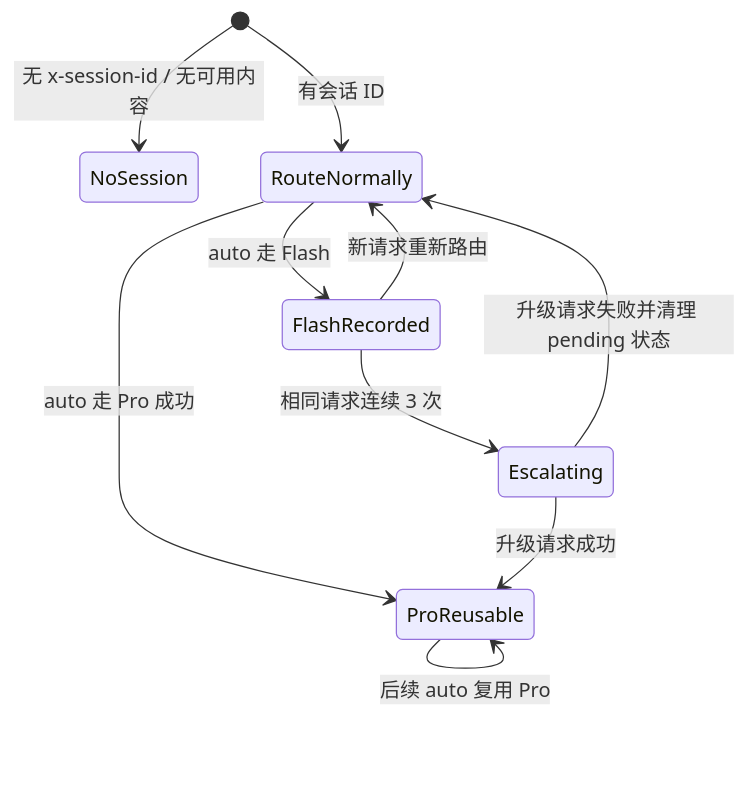
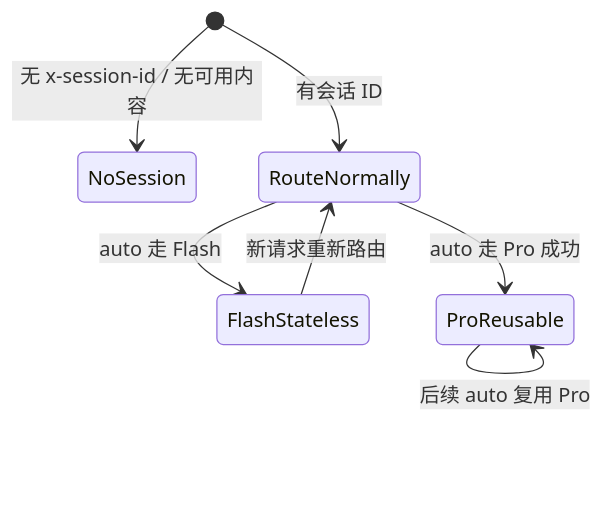
One commit to Crush12999/deepseek-router-mini changed the eighth of 8 diagrams in docs/design.md. Above: the diagram before and after it, drawn with Mermaid. The commit also changed other lines of this file and 3 other files, not shown here.

````diff
--- a/docs/design.md
+++ b/docs/design.md
@@ -355,12 +320,9 @@
 ```mermaid
 stateDiagram-v2
   [*] --> NoSession: 无 x-session-id / 无可用内容
   [*] --> RouteNormally: 有会话 ID
-  RouteNormally --> FlashRecorded: auto 走 Flash
+  RouteNormally --> FlashStateless: auto 走 Flash
   RouteNormally --> ProReusable: auto 走 Pro 成功
-  FlashRecorded --> RouteNormally: 新请求重新路由
-  FlashRecorded --> Escalating: 相同请求连续 3 次
-  Escalating --> ProReusable: 升级请求成功
-  Escalating --> RouteNormally: 升级请求失败并清理 pending 状态
+  FlashStateless --> RouteNormally: 新请求重新路由
   ProReusable --> ProReusable: 后续 auto 复用 Pro
 ```
````
